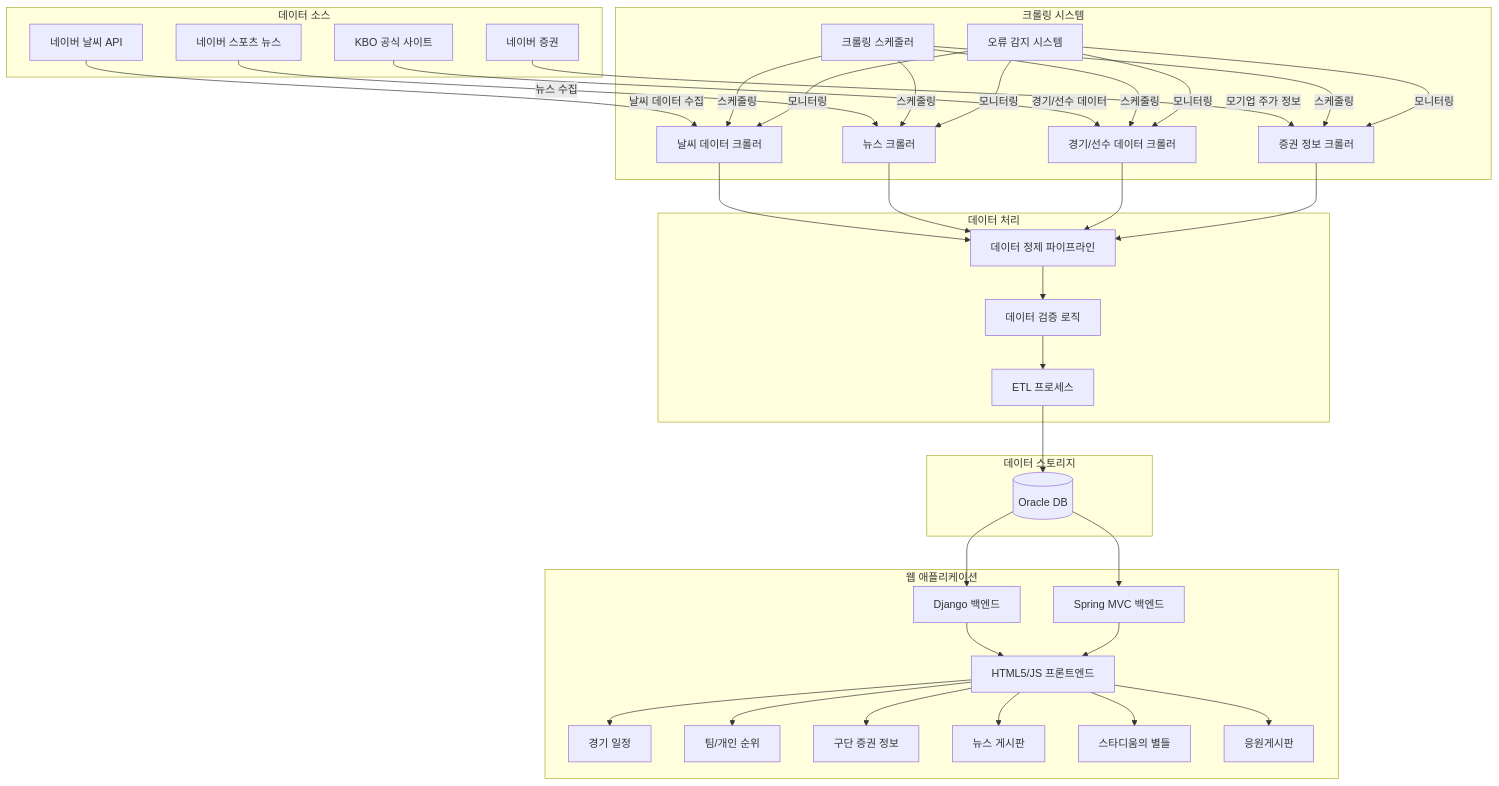
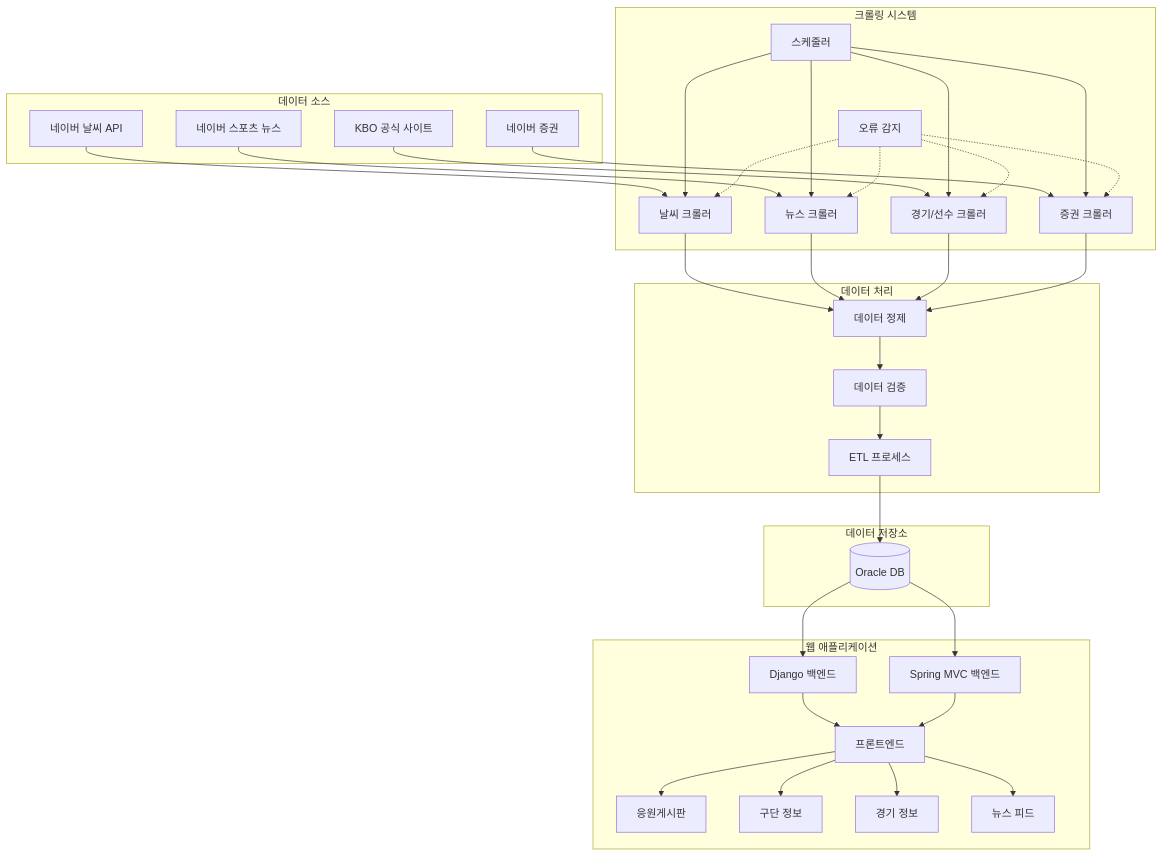
One commit to Bae-Sunny/CrawlingProject changed the diagram in README.md. Above: the diagram before and after it, drawn with Mermaid. The commit also changed other lines of this file, not shown here.

````diff
--- a/README.md
+++ b/README.md
@@ -81,78 +66,43 @@
 ```mermaid
 graph TB
     subgraph "데이터 소스"
         A[네이버 날씨 API]
         B[네이버 스포츠 뉴스]
         C[KBO 공식 사이트]
         D[네이버 증권]
     end
-
     subgraph "크롤링 시스템"
-        E[날씨 데이터 크롤러]
+        E[날씨 크롤러]
         F[뉴스 크롤러]
-        G[경기/선수 데이터 크롤러]
-        H[증권 정보 크롤러]
-        I[크롤링 스케줄러]
-        J[오류 감지 시스템]
+        G[경기/선수 크롤러]
+        H[증권 크롤러]
+        I[스케줄러]
+        J[오류 감지]
     end
-
     subgraph "데이터 처리"
-        K[데이터 정제 파이프라인]
-        L[데이터 검증 로직]
+        K[데이터 정제]
+        L[데이터 검증]
         M[ETL 프로세스]
     end
-
-    subgraph "데이터 스토리지"
+    subgraph "데이터 저장소"
         N[(Oracle DB)]
     end
-
     subgraph "웹 애플리케이션"
         O[Django 백엔드]
         O2[Spring MVC 백엔드]
-        P[HTML5/JS 프론트엔드]
-        T[경기 일정]
-        U[팀/개인 순위]
-        S[구단 증권 정보]
-        V[뉴스 게시판]
-        W[스타디움의 별들]
+        P[프론트엔드]
         R[응원게시판]
+        S[구단 정보]
+        T[경기 정보]
+        V[뉴스 피드]
     end
 
-    A -->|날씨 데이터 수집| E
-    B -->|뉴스 수집| F
-    C -->|경기/선수 데이터| G
-    D -->|모기업 주가 정보| H
-
-    E --> K
-    F --> K
-    G --> K
-    H --> K
-
-    I -->|스케줄링| E
-    I -->|스케줄링| F
-    I -->|스케줄링| G
-    I -->|스케줄링| H
-
-    J -->|모니터링| E
-    J -->|모니터링| F
-    J -->|모니터링| G
-    J -->|모니터링| H
-
-    K --> L
-    L --> M
-    M --> N
-
-    N --> O
-    N --> O2
-
-    O --> P
-    O2 --> P
-    P --> T
-    P --> U
-    P --> S
-    P --> V
-    P --> W
-    P --> R
-
-
+    A --> E; B --> F; C --> G; D --> H
+    E & F & G & H --> K
+    I ---> E & F & G & H
+    J -.-> E & F & G & H
+    K --> L --> M --> N
+    N --> O & O2
+    O & O2 --> P
+    P --> R & S & T & V
 ```
````
